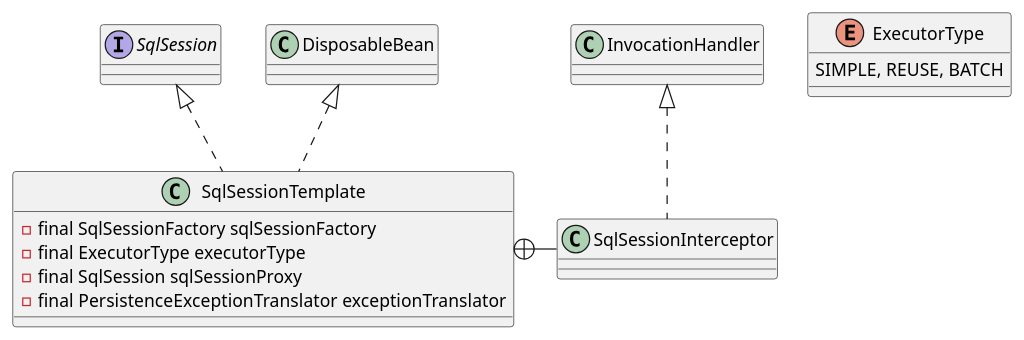
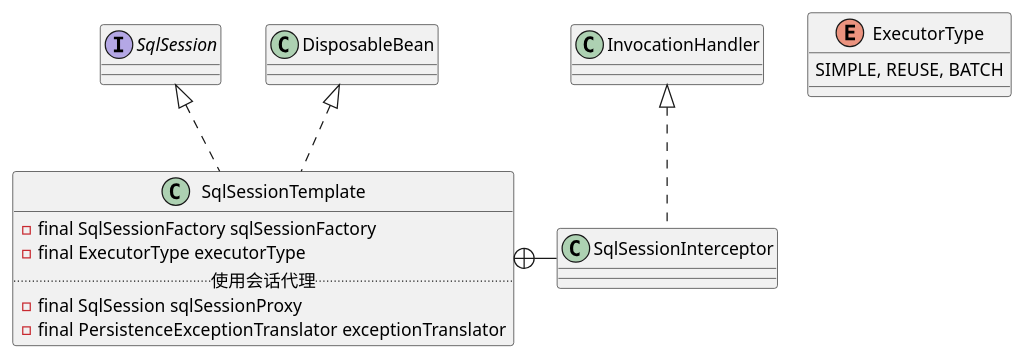
The diagram in 20-framework/src/mybatis/mybatis-spring/SqlSessionTemplate.md (onlyonion/development), drawn with PlantUML before and after one commit. The commit also changed 28 other files, not shown here.

```diff
--- a/20-framework/src/mybatis/mybatis-spring/SqlSessionTemplate.md
+++ b/20-framework/src/mybatis/mybatis-spring/SqlSessionTemplate.md
@@ -3,22 +3,22 @@
 @startuml
 
 interface SqlSession
 
 class SqlSessionTemplate {
     - final SqlSessionFactory sqlSessionFactory
     - final ExecutorType executorType
-    ' 使用代理
+    .. 使用会话代理 ..
     - final SqlSession sqlSessionProxy
     - final PersistenceExceptionTranslator exceptionTranslator
 }
 
 SqlSession <|.. SqlSessionTemplate
 DisposableBean <|.. SqlSessionTemplate
 
 InvocationHandler <|.. SqlSessionInterceptor
 SqlSessionTemplate +- SqlSessionInterceptor
 
 enum ExecutorType {
   SIMPLE, REUSE, BATCH
 }
 @enduml
```
